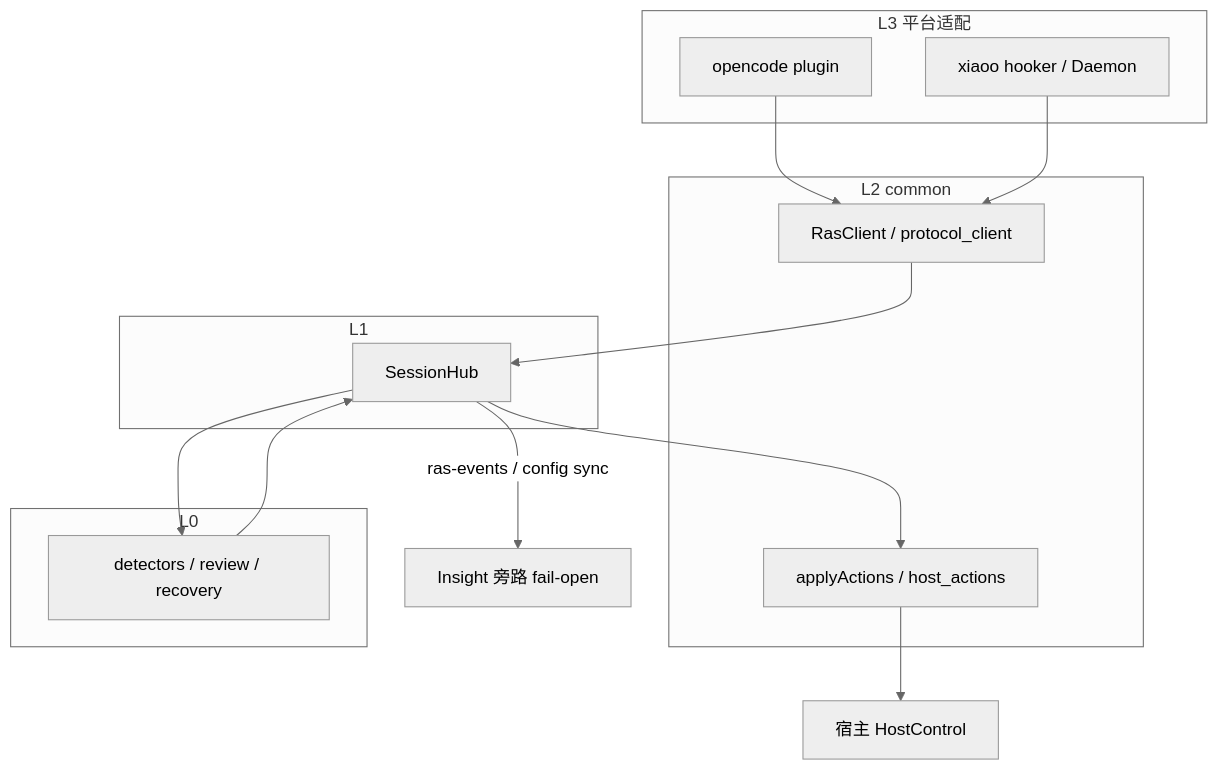
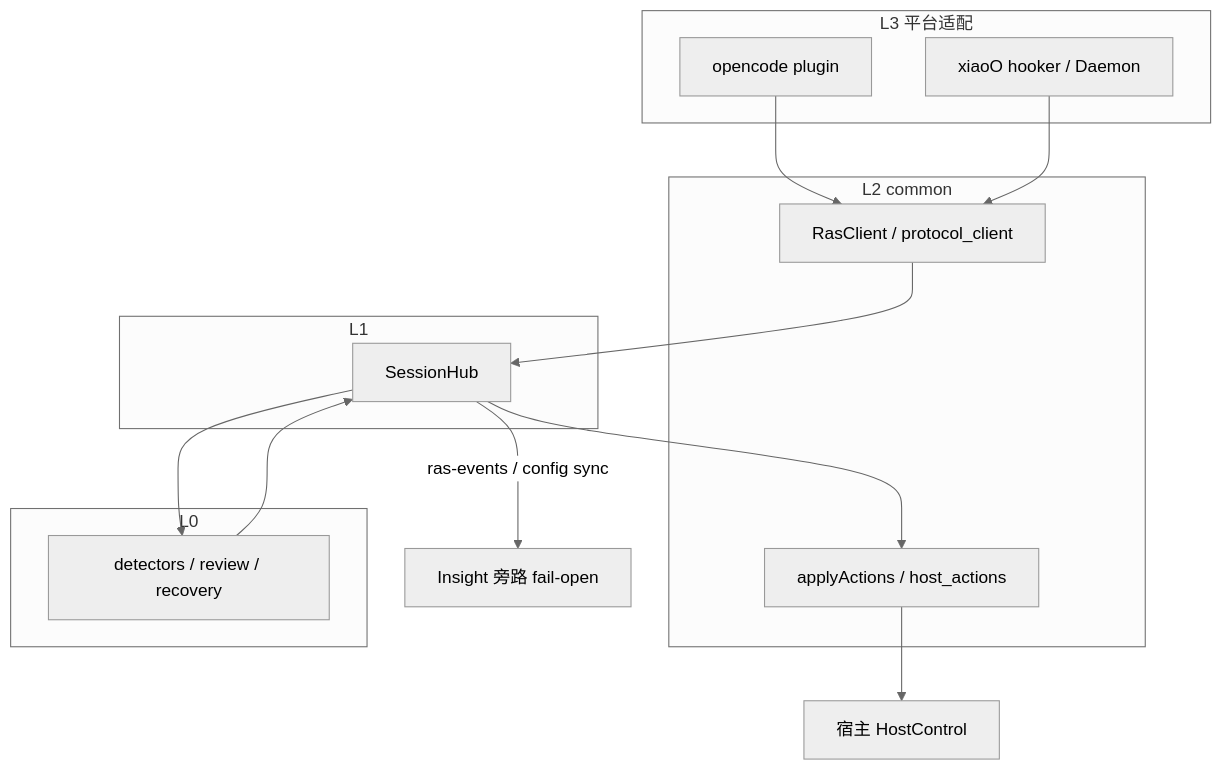
The first of 5 diagrams in docs/agent-ras/designs/features/opencode-xiaoo-integration.md (openeuler-mirror/agent-insight), drawn with Mermaid (neutral theme) before and after one commit. The commit also changed other lines of this file and 11 other files, not shown here.

````diff
--- a/docs/agent-ras/designs/features/opencode-xiaoo-integration.md
+++ b/docs/agent-ras/designs/features/opencode-xiaoo-integration.md
@@ -21,28 +30,28 @@
 ```mermaid
 flowchart TB
   subgraph L3 [L3 平台适配]
     OC[opencode plugin]
-    XO[xiaoo hooker / Daemon]
+    XO[xiaoO hooker / Daemon]
   end
   subgraph L2 [L2 common]
     RC[RasClient / protocol_client]
     AA[applyActions / host_actions]
   end
   subgraph L1 [L1]
     Hub[SessionHub]
   end
   subgraph L0 [L0]
     Det[detectors / review / recovery]
   end
   Host[宿主 HostControl]
   Insight[Insight 旁路 fail-open]
 
   OC --> RC
   XO --> RC
   RC --> Hub
   Hub --> Det
   Det --> Hub
   Hub --> AA
   AA --> Host
   Hub -->|ras-events / config sync| Insight
 ```
````
